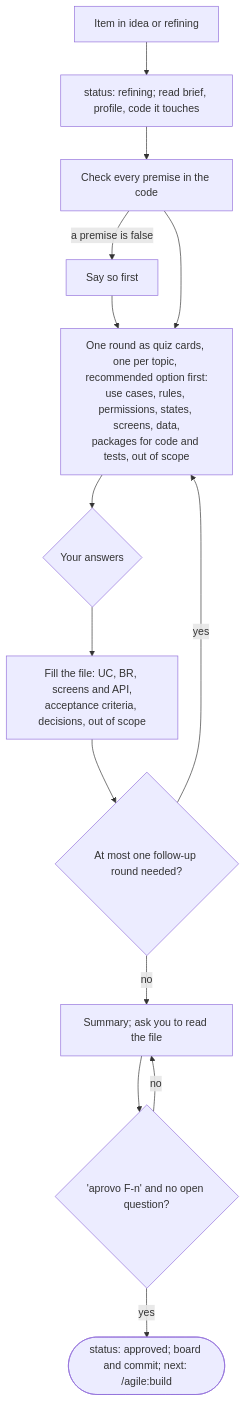
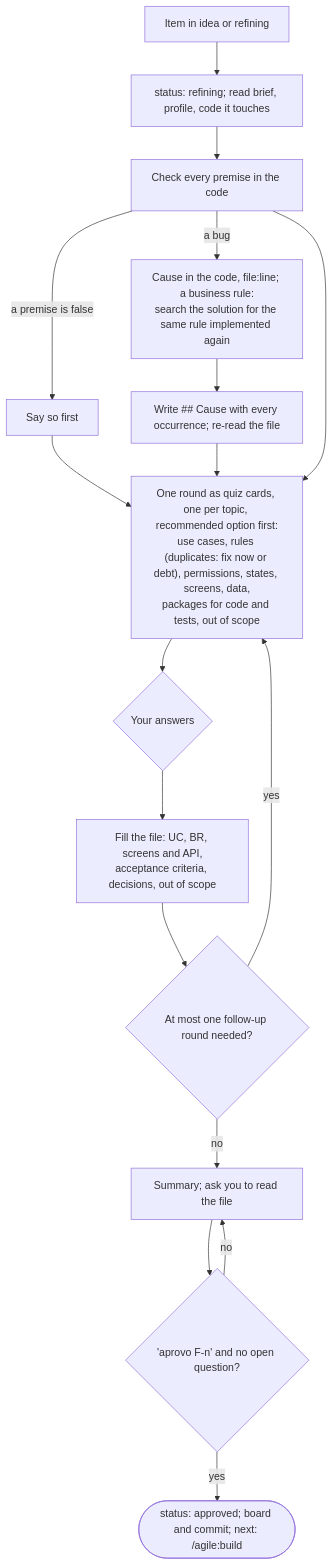
One commit to alexcanario/simulab changed the sixth of 15 diagrams in docs/agile/workflow.md. Above: the diagram before and after it, drawn with Mermaid. The commit also changed other lines of this file and 10 other files, not shown here.

````diff
--- a/docs/agile/workflow.md
+++ b/docs/agile/workflow.md
@@ -905,16 +925,19 @@
 ```mermaid
 flowchart TD
     A["Item in idea or refining"] --> B["status: refining; read brief, profile, code it touches"]
     B --> C["Check every premise in the code"]
     C -->|a premise is false| C1["Say so first"]
     C1 --> D
-    C --> D["One round as quiz cards, one per topic, recommended option first:<br/>use cases, rules, permissions, states, screens, data,<br/>packages for code and tests, out of scope"]
+    C -->|a bug| C2["Cause in the code, file:line; a business rule:<br/>search the solution for the same rule implemented again"]
+    C2 --> C3["Write ## Cause with every occurrence; re-read the file"]
+    C3 --> D
+    C --> D["One round as quiz cards, one per topic, recommended option first:<br/>use cases, rules (duplicates: fix now or debt), permissions, states, screens, data,<br/>packages for code and tests, out of scope"]
     D --> E{"Your answers"}
     E --> F["Fill the file: UC, BR, screens and API,<br/>acceptance criteria, decisions, out of scope"]
     F --> G{"At most one follow-up round needed?"}
     G -->|yes| D
     G -->|no| H["Summary; ask you to read the file"]
     H --> I{"'aprovo F-n' and no open question?"}
     I -->|no| H
     I -->|yes| J(["status: approved; board and commit; next: /agile:build"])
 ```
````
